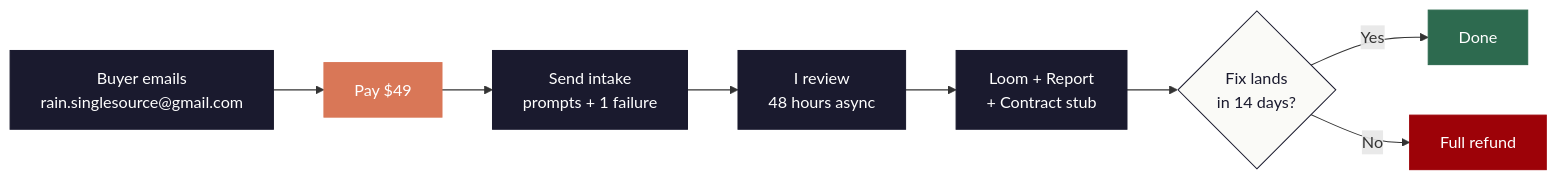
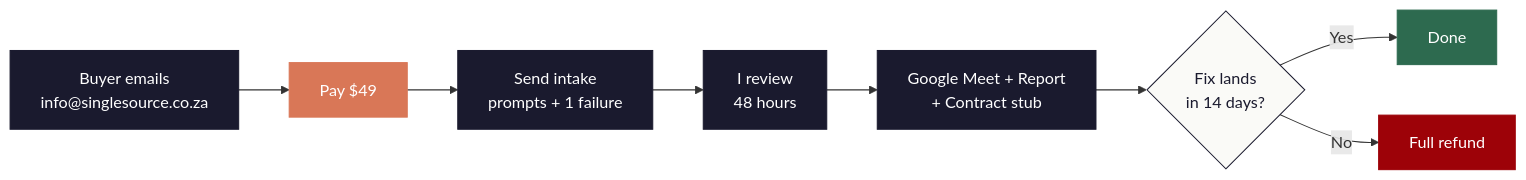
The first of 2 diagrams in README.md (SingularityAI-Dev/reasoning-audit), drawn with Mermaid before and after one commit. The commit also changed other lines of this file, not shown here.

Commit message:
Loom -> Google Meet, email -> info@singlesource.co.za, hero cache-bust

````diff
--- a/README.md
+++ b/README.md
@@ -36,19 +36,19 @@
 ```mermaid
 flowchart LR
-    A[Buyer emails<br/>rain.singlesource@gmail.com]:::buyer --> B[Pay $49]:::pay
+    A[Buyer emails<br/>info@singlesource.co.za]:::buyer --> B[Pay $49]:::pay
     B --> C[Send intake<br/>prompts + 1 failure]:::intake
-    C --> D[I review<br/>48 hours async]:::work
-    D --> E[Loom + Report<br/>+ Contract stub]:::deliver
+    C --> D[I review<br/>48 hours]:::work
+    D --> E[Google Meet + Report<br/>+ Contract stub]:::deliver
     E --> F{Fix lands<br/>in 14 days?}:::check
     F -->|Yes| G[Done]:::win
     F -->|No| H[Full refund]:::refund
 
     classDef buyer fill:#1a1a2e,color:#fff,stroke:#1a1a2e
     classDef pay fill:#d97757,color:#fff,stroke:#d97757
     classDef intake fill:#1a1a2e,color:#fff,stroke:#1a1a2e
     classDef work fill:#1a1a2e,color:#fff,stroke:#1a1a2e
     classDef deliver fill:#1a1a2e,color:#fff,stroke:#1a1a2e
     classDef check fill:#fafaf7,color:#1a1a2e,stroke:#1a1a2e
     classDef win fill:#2d6a4f,color:#fff,stroke:#2d6a4f
     classDef refund fill:#9d0208,color:#fff,stroke:#9d0208
 ```
````
